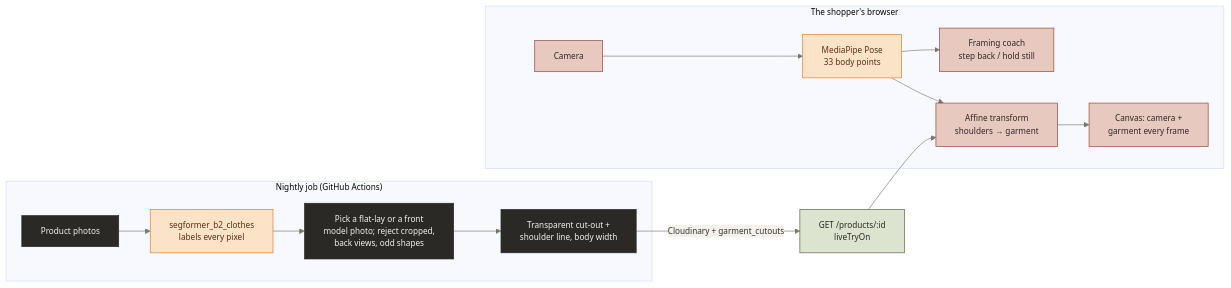
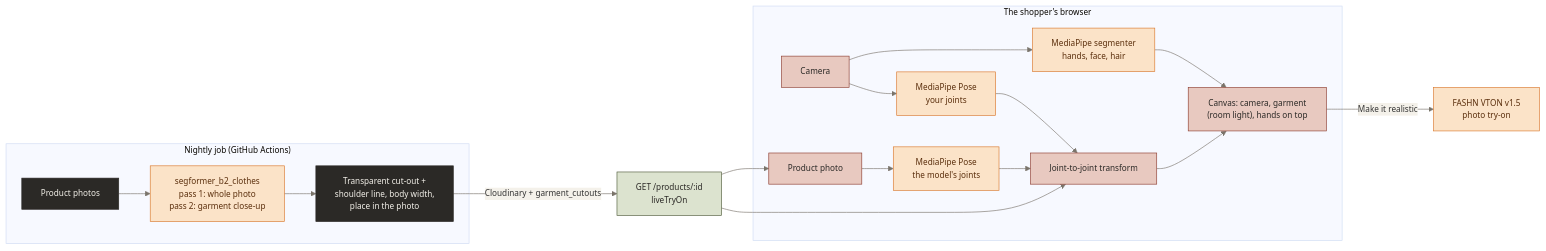
Before and after one commit to raheemxghumman/kapra-planner: the fifth of 10 diagrams in README.md, drawn with Mermaid. The commit also changed other lines of this file and 1 other file, not shown here.

Commit message:
docs: realistic live try-on and FASHN in the README
Updates the live try-on section and diagram (two-pass cut-outs,
joint-to-joint fit, hands in front, Make it realistic) and the photo
try-on sequence (FASHN first).

````diff
--- a/README.md
+++ b/README.md
@@ -323,26 +323,30 @@
 ```mermaid
 %%{init: {'theme':'base','themeVariables':{'fontFamily':'Inter, Segoe UI, sans-serif','fontSize':'13px','lineColor':'#7A746B','edgeLabelBackground':'#F4F1EA'}}}%%
 flowchart LR
   subgraph Night["Nightly job (GitHub Actions)"]
-    P["Product photos"] --> SEG["segformer_b2_clothes<br/>labels every pixel"]
-    SEG --> PICK["Pick a flat-lay or a front<br/>model photo; reject cropped,<br/>back views, odd shapes"]
-    PICK --> CUT["Transparent cut-out +<br/>shoulder line, body width"]
+    P["Product photos"] --> SEG["segformer_b2_clothes<br/>pass 1: whole photo<br/>pass 2: garment close-up"]
+    SEG --> CUT["Transparent cut-out +<br/>shoulder line, body width,<br/>place in the photo"]
   end
   CUT -->|Cloudinary + garment_cutouts| API["GET /products/:id<br/>liveTryOn"]
   subgraph Device["The shopper's browser"]
-    CAM["Camera"] --> POSE["MediaPipe Pose<br/>33 body points"]
-    POSE --> FRAME["Framing coach<br/>step back / hold still"]
-    POSE --> MAT["Affine transform<br/>shoulders → garment"]
-    MAT --> DRAW["Canvas: camera +<br/>garment every frame"]
+    CAM["Camera"] --> POSE["MediaPipe Pose<br/>your joints"]
+    MODEL["Product photo"] --> MPOSE["MediaPipe Pose<br/>the model's joints"]
+    CAM --> MASK["MediaPipe segmenter<br/>hands, face, hair"]
+    POSE --> MAT["Joint-to-joint transform"]
+    MPOSE --> MAT
+    MAT --> DRAW["Canvas: camera, garment<br/>(room light), hands on top"]
+    MASK --> DRAW
   end
   API --> MAT
+  API --> MODEL
+  DRAW -->|Make it realistic| AI["FASHN VTON v1.5<br/>photo try-on"]
 
   classDef job fill:#2B2926,stroke:#2B2926,color:#F4F1EA
   classDef ai fill:#FBE3C8,stroke:#D9772B,color:#5A2E0C
   classDef client fill:#E8C9C0,stroke:#8C3B2E,color:#2B2926
   classDef server fill:#DCE3CF,stroke:#4F5A3A,color:#2B2926
-  class P,PICK,CUT job
-  class SEG,POSE ai
-  class CAM,FRAME,MAT,DRAW client
+  class P,CUT job
+  class SEG,POSE,MPOSE,MASK,AI ai
+  class CAM,MODEL,MAT,DRAW client
   class API server
 ```
````
